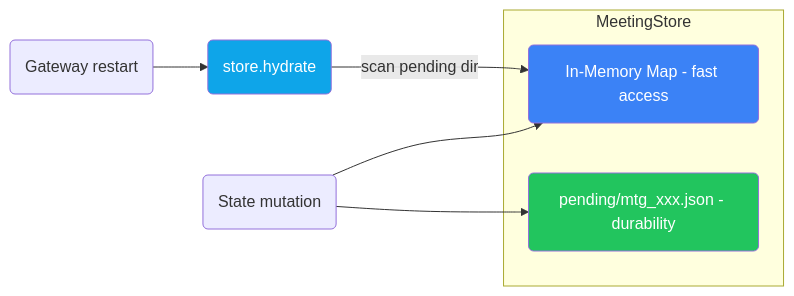
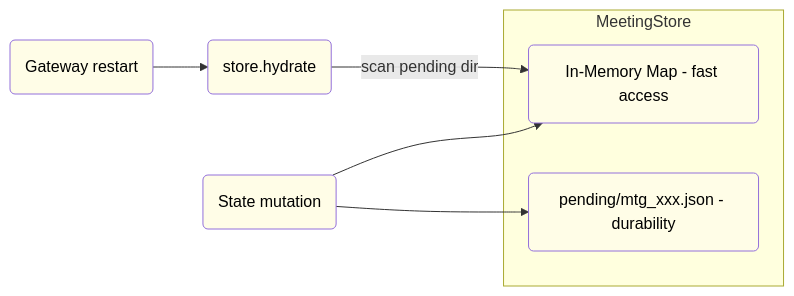
The tenth of 13 diagrams in README.md (javana3/claw_meeting_all), drawn with Mermaid before and after one commit. The commit also changed other lines of this file, not shown here.

Commit message:
Replace all mermaid diagram colors with light yellow (#fffde7)

````diff
--- a/README.md
+++ b/README.md
@@ -319,16 +378,18 @@
 ```mermaid
 graph LR
     subgraph "MeetingStore"
         MAP(In-Memory Map - fast access)
         FS(pending/mtg_xxx.json - durability)
     end
 
     WRITE(State mutation) --> MAP
     WRITE --> FS
     RESTART(Gateway restart) --> HYDRATE(store.hydrate)
     HYDRATE -->|scan pending dir| MAP
 
-    style MAP fill:#3b82f6,color:#fff
-    style FS fill:#22c55e,color:#fff
-    style HYDRATE fill:#0ea5e9,color:#fff
+    style MAP fill:#fffde7,color:#000
+    style FS fill:#fffde7,color:#000
+    style HYDRATE fill:#fffde7,color:#000
+    style WRITE fill:#fffde7,color:#000
+    style RESTART fill:#fffde7,color:#000
 ```
````
